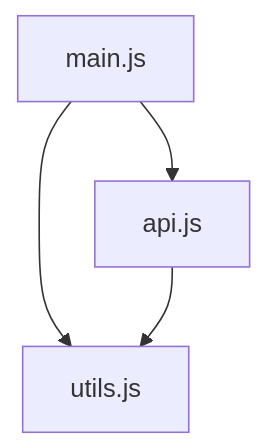
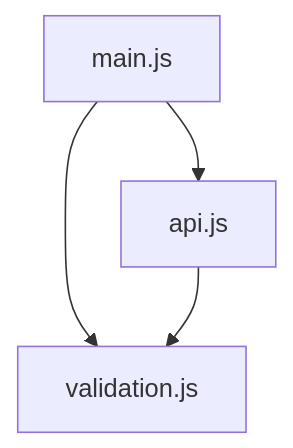
Before and after one commit to Episk-pos/DevFoundry: diagram 15 of 15 in website/docs/diagram-standards.md, drawn with Mermaid. The commit also changed other lines of this file and 153 other files, not shown here.

````diff
--- a/website/docs/diagram-standards.md
+++ b/website/docs/diagram-standards.md
@@ -386,10 +386,10 @@
 ```mermaid
 graph TB
     Main[main.js]
-    Utils[utils.js]
+    Validation[validation.js]
     API[api.js]
 
-    Main --> Utils
+    Main --> Validation
     Main --> API
-    API --> Utils
+    API --> Validation
 ```
````
